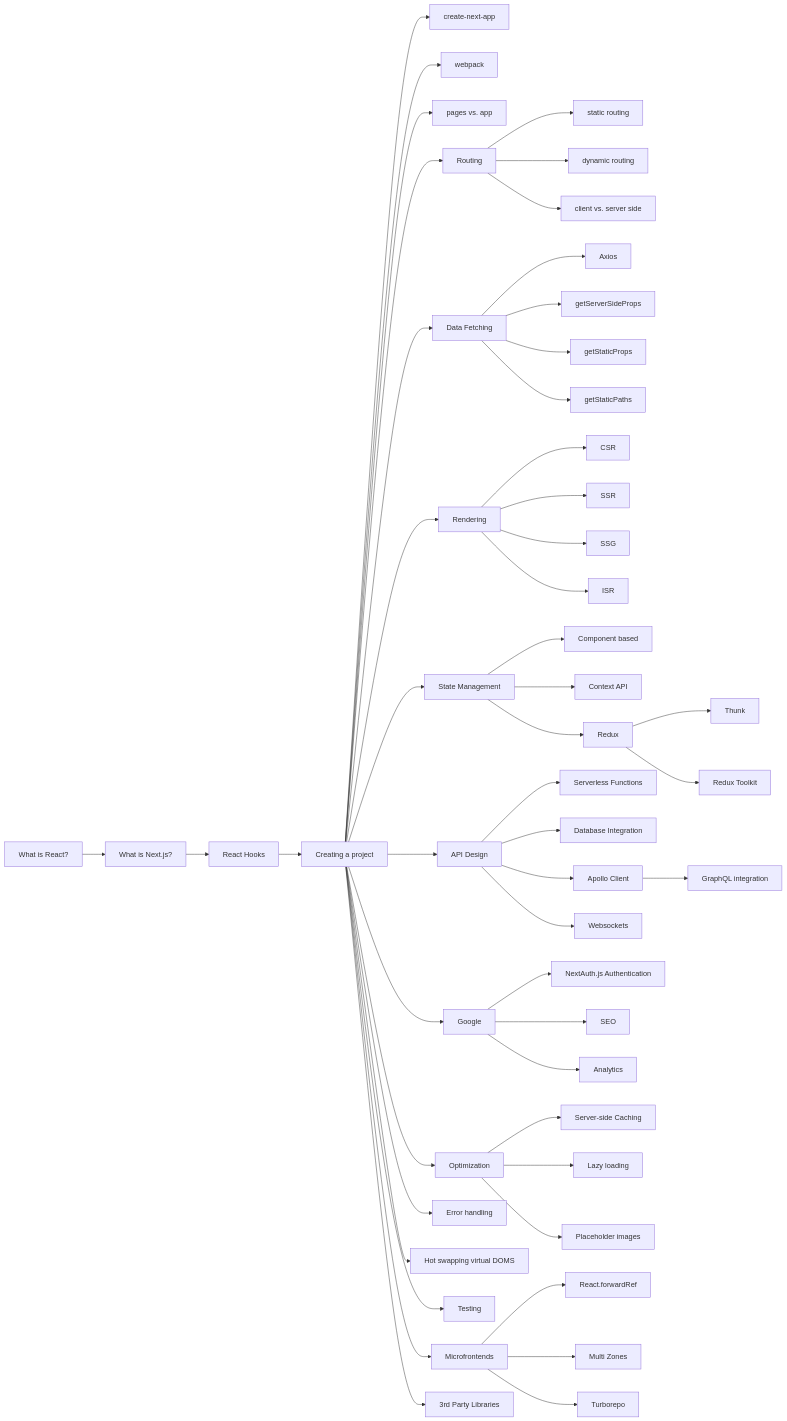
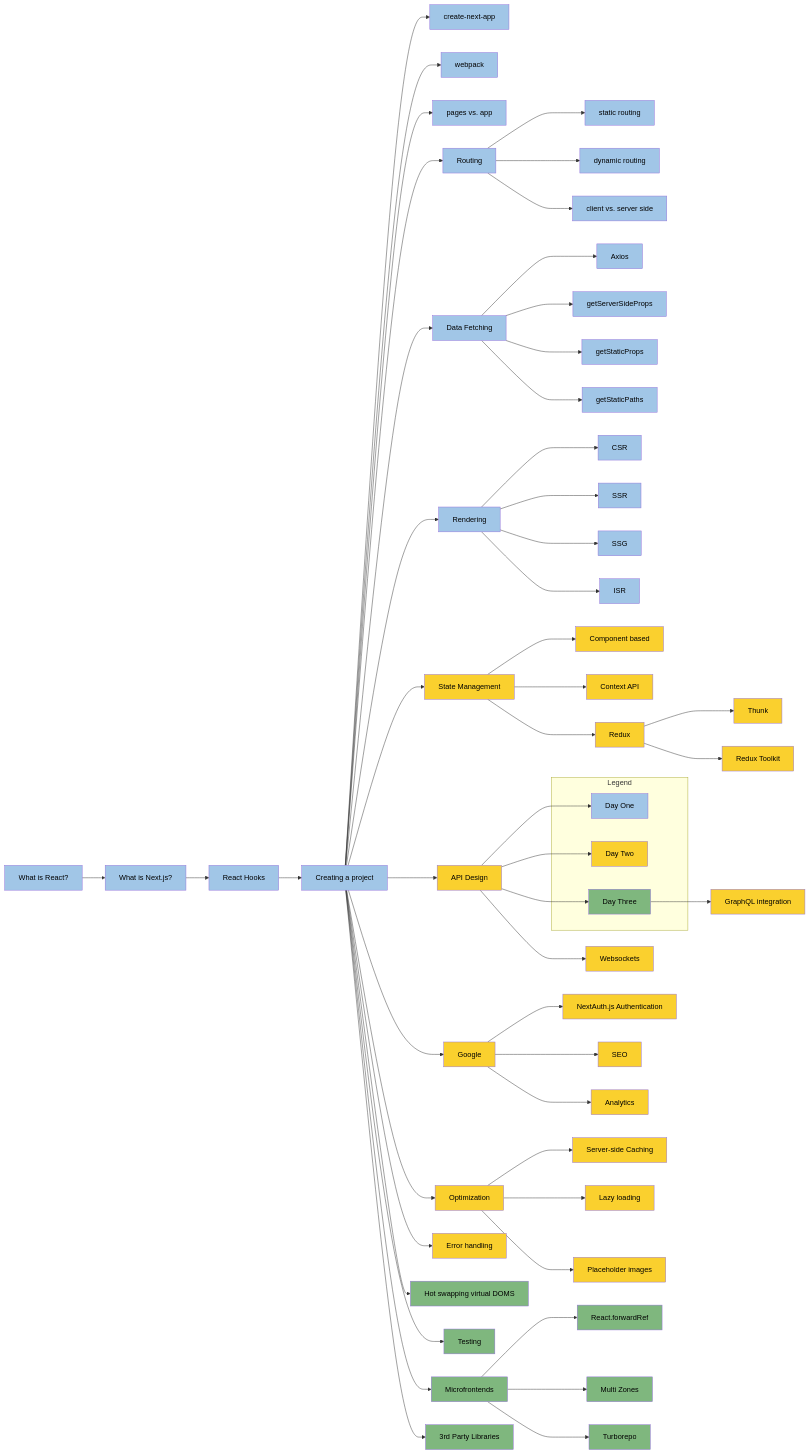
The diagram in flowchart.md (csfeeser/next-js-react), drawn with Mermaid before and after one commit.

````diff
--- a/flowchart.md
+++ b/flowchart.md
@@ -1,62 +1,126 @@
 ```mermaid
 flowchart LR
-    A[What is React?] --> B[What is Next.js?]
-    B --> C[React Hooks]
-    C --> D[Creating a project]
+    A["<span style='color:black;'>What is React?</span>"] --> B["<span style='color:black;'>What is Next.js?</span>"]
+    B --> C["<span style='color:black;'>React Hooks</span>"]
+    C --> D["<span style='color:black;'>Creating a project</span>"]
     
-    D --> E[create-next-app]
-    D --> F[webpack]
-    D --> G[pages vs. app]
+    D --> E["<span style='color:black;'>create-next-app</span>"]
+    D --> F["<span style='color:black;'>webpack</span>"]
+    D --> G["<span style='color:black;'>pages vs. app</span>"]
 
-    D --> H[Routing]
-    H --> H1[static routing]
-    H --> H2[dynamic routing]
-    H --> H3[client vs. server side]
+    D --> H["<span style='color:black;'>Routing</span>"]
+    H --> H1["<span style='color:black;'>static routing</span>"]
+    H --> H2["<span style='color:black;'>dynamic routing</span>"]
+    H --> H3["<span style='color:black;'>client vs. server side</span>"]
     
-    D --> I[Data Fetching]
-    I --> I1[Axios]
-    I --> I2[getServerSideProps]
-    I --> I3[getStaticProps]
-    I --> I4[getStaticPaths]
+    D --> I["<span style='color:black;'>Data Fetching</span>"]
+    I --> I1["<span style='color:black;'>Axios</span>"]
+    I --> I2["<span style='color:black;'>getServerSideProps</span>"]
+    I --> I3["<span style='color:black;'>getStaticProps</span>"]
+    I --> I4["<span style='color:black;'>getStaticPaths</span>"]
 
-    D --> J[Rendering]
-    J --> J1[CSR]
-    J --> J2[SSR]
-    J --> J3[SSG]
-    J --> J4[ISR]
+    D --> J["<span style='color:black;'>Rendering</span>"]
+    J --> J1["<span style='color:black;'>CSR</span>"]
+    J --> J2["<span style='color:black;'>SSR</span>"]
+    J --> J3["<span style='color:black;'>SSG</span>"]
+    J --> J4["<span style='color:black;'>ISR</span>"]
 
-    D --> K[State Management]
-    K --> K1[Component based]
-    K --> K2[Context API]
-    K --> K3[Redux]
-    K3 --> K31[Thunk]
-    K3 --> K32[Redux Toolkit]
+    D --> K["<span style='color:black;'>State Management</span>"]
+    K --> K1["<span style='color:black;'>Component based</span>"]
+    K --> K2["<span style='color:black;'>Context API</span>"]
+    K --> K3["<span style='color:black;'>Redux</span>"]
+    K3 --> K31["<span style='color:black;'>Thunk</span>"]
+    K3 --> K32["<span style='color:black;'>Redux Toolkit</span>"]
 
-    D --> L[API Design]
-    L --> L1[Serverless Functions]
-    L --> L2[Database Integration]
-    L --> L3[Apollo Client]
-    L3 --> L31[GraphQL integration]
-    L --> L4[Websockets]
+    D --> L["<span style='color:black;'>API Design</span>"]
+    L --> L1["<span style='color:black;'>Serverless Functions</span>"]
+    L --> L2["<span style='color:black;'>Database Integration</span>"]
+    L --> L3["<span style='color:black;'>Apollo Client</span>"]
+    L3 --> L31["<span style='color:black;'>GraphQL integration</span>"]
+    L --> L4["<span style='color:black;'>Websockets</span>"]
 
-    D --> M[Google]
-    M --> M1[NextAuth.js Authentication]
-    M --> M2[SEO]
-    M --> M3[Analytics]
+    D --> M["<span style='color:black;'>Google</span>"]
+    M --> M1["<span style='color:black;'>NextAuth.js Authentication</span>"]
+    M --> M2["<span style='color:black;'>SEO</span>"]
+    M --> M3["<span style='color:black;'>Analytics</span>"]
 
-    D --> N[Optimization]
-    N --> N1[Server-side Caching]
-    N --> N2[Lazy loading]
-    N --> N3[Placeholder images]
+    D --> N["<span style='color:black;'>Optimization</span>"]
+    N --> N1["<span style='color:black;'>Server-side Caching</span>"]
+    N --> N2["<span style='color:black;'>Lazy loading</span>"]
+    N --> N3["<span style='color:black;'>Placeholder images</span>"]
 
-    D --> O[Error handling]
-    D --> P[Hot swapping virtual DOMS]
-    D --> Q[Testing]
+    D --> O["<span style='color:black;'>Error handling</span>"]
+    D --> P["<span style='color:black;'>Hot swapping virtual DOMS</span>"]
+    D --> Q["<span style='color:black;'>Testing</span>"]
 
-    D --> R[Microfrontends]
-    R --> R1[React.forwardRef]
-    R --> R2[Multi Zones]
-    R --> R3[Turborepo]
+    D --> R["<span style='color:black;'>Microfrontends</span>"]
+    R --> R1["<span style='color:black;'>React.forwardRef</span>"]
+    R --> R2["<span style='color:black;'>Multi Zones</span>"]
+    R --> R3["<span style='color:black;'>Turborepo</span>"]
 
-    D --> S[3rd Party Libraries]
+    D --> S["<span style='color:black;'>3rd Party Libraries</span>"]
+
+    %% Day Color Styles
+    style A fill:#A1C6E7
+    style B fill:#A1C6E7
+    style C fill:#A1C6E7
+    style D fill:#A1C6E7
+    style E fill:#A1C6E7
+    style F fill:#A1C6E7
+    style G fill:#A1C6E7
+    style H fill:#A1C6E7
+    style H1 fill:#A1C6E7
+    style H2 fill:#A1C6E7
+    style H3 fill:#A1C6E7
+    style I fill:#A1C6E7
+    style I1 fill:#A1C6E7
+    style I2 fill:#A1C6E7
+    style I3 fill:#A1C6E7
+    style I4 fill:#A1C6E7
+    style J fill:#A1C6E7
+    style J1 fill:#A1C6E7
+    style J2 fill:#A1C6E7
+    style J3 fill:#A1C6E7
+    style J4 fill:#A1C6E7
+
+    style K fill:#FAD02E
+    style K1 fill:#FAD02E
+    style K2 fill:#FAD02E
+    style K3 fill:#FAD02E
+    style K31 fill:#FAD02E
+    style K32 fill:#FAD02E
+    style L fill:#FAD02E
+    style L1 fill:#FAD02E
+    style L2 fill:#FAD02E
+    style L3 fill:#FAD02E
+    style L31 fill:#FAD02E
+    style L4 fill:#FAD02E
+    style M fill:#FAD02E
+    style M1 fill:#FAD02E
+    style M2 fill:#FAD02E
+    style M3 fill:#FAD02E
+    style N fill:#FAD02E
+    style N1 fill:#FAD02E
+    style N2 fill:#FAD02E
+    style N3 fill:#FAD02E
+    style O fill:#FAD02E
+
+    style P fill:#7FB77E
+    style Q fill:#7FB77E
+    style R fill:#7FB77E
+    style R1 fill:#7FB77E
+    style R2 fill:#7FB77E
+    style R3 fill:#7FB77E
+    style S fill:#7FB77E
+
+    %% Legend
+    subgraph Legend
+    L1["<span style='color:black;'>Day One</span>"]
+    style L1 fill:#A1C6E7
+    L2["<span style='color:black;'>Day Two</span>"]
+    style L2 fill:#FAD02E
+    L3["<span style='color:black;'>Day Three</span>"]
+    style L3 fill:#7FB77E
+    end
+
 ```
````
